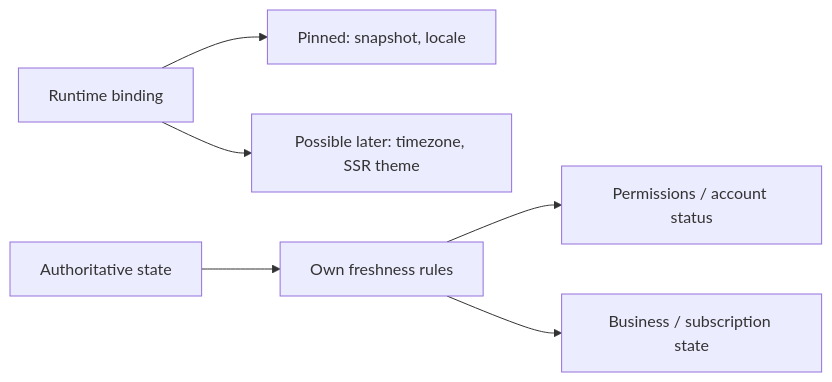
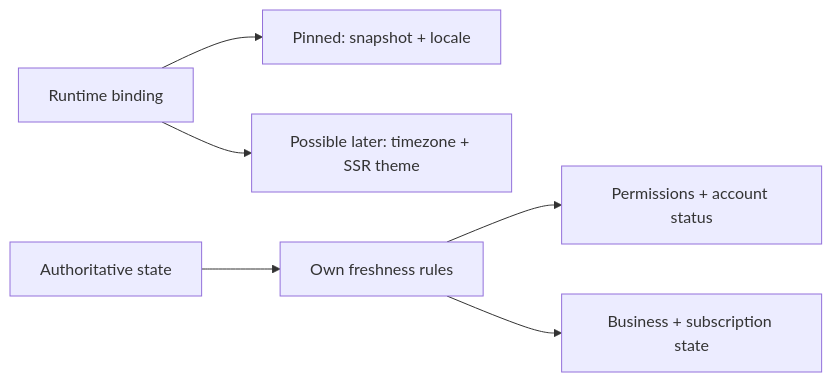
Diagram 11 of 13 in content/versions/v0/developer/resource-runtime.mdx (taskmigo/docs), drawn with Mermaid before and after one commit. The commit also changed other lines of this file, not shown here.

Commit message:
docs: make runtime implementation fully visual

````diff
--- a/content/versions/v0/developer/resource-runtime.mdx
+++ b/content/versions/v0/developer/resource-runtime.mdx
@@ -257,8 +235,8 @@
 ```mermaid
 flowchart LR
-  binding["Runtime binding"] --> pinned["Pinned: snapshot, locale"]
-  binding --> future["Possible later: timezone, SSR theme"]
-  security["Authoritative state"] --> fresh["Own freshness rules"]
-  fresh --> permission["Permissions / account status"]
-  fresh --> business["Business / subscription state"]
+  binding["Runtime binding"] --> pinned["Pinned: snapshot + locale"]
+  binding --> future["Possible later: timezone + SSR theme"]
+  authority["Authoritative state"] --> fresh["Own freshness rules"]
+  fresh --> permissions["Permissions + account status"]
+  fresh --> business["Business + subscription state"]
 ```
````
